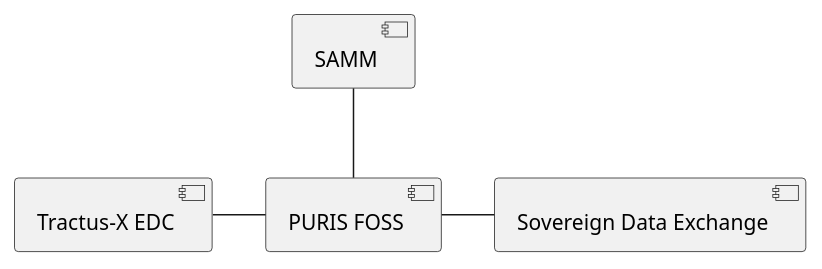
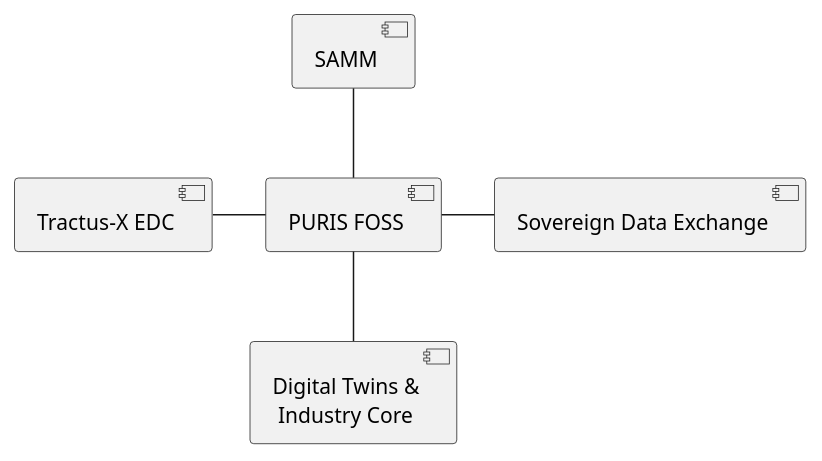
One commit to eclipse-tractusx/puris changed the diagram in docs/arc42/puml/03-technical-context.puml. Above: the diagram before and after it, drawn with PlantUML. The commit also changed 11 other files, not shown here.

```diff
--- a/docs/arc42/puml/03-technical-context.puml
+++ b/docs/arc42/puml/03-technical-context.puml
@@ -1,11 +1,13 @@
 @startuml
 [SAMM] as samm
 [Tractus-X EDC] as edc
 [Sovereign Data Exchange] as sov
 [PURIS FOSS] as puris
+[Digital Twins &\n Industry Core] as dt
 
 samm -- puris
 edc - puris
 puris - sov
+puris -- dt
 
 @enduml
```
